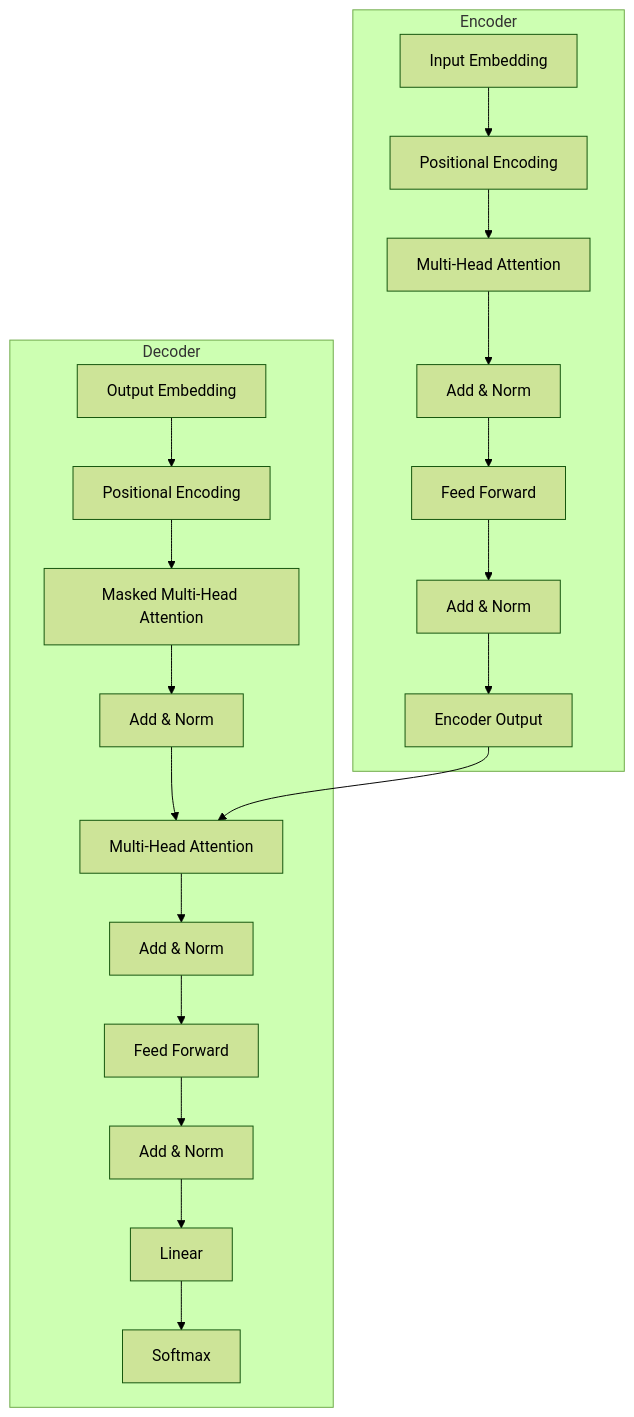
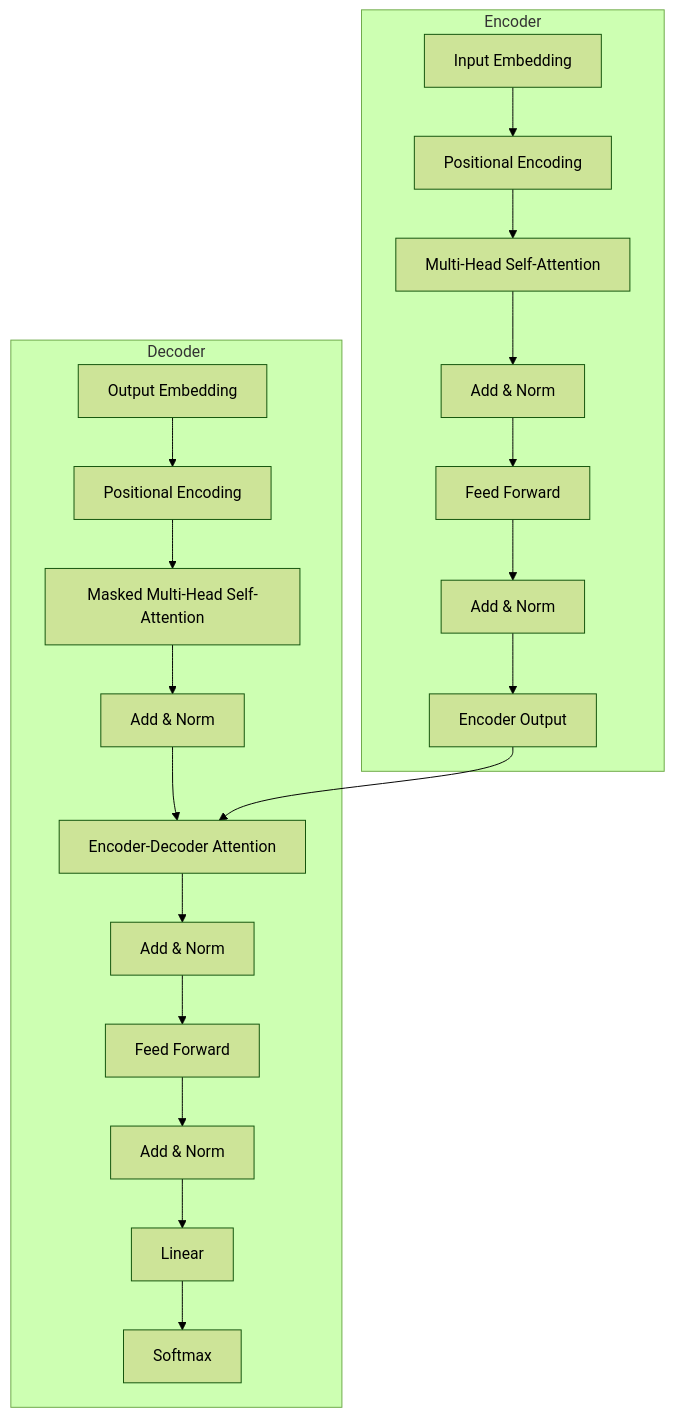
Before and after one commit to codejie-hub/codejie-hub.github.io: the diagram in _posts/2025-11-26-transformer.md, drawn with Mermaid (forest theme). The commit also changed other lines of this file and 2 other files, not shown here.

````diff
--- a/_posts/2025-11-26-transformer.md
+++ b/_posts/2025-11-26-transformer.md
@@ -42,24 +62,24 @@
 ```mermaid
 graph TD
     subgraph Encoder
     I[Input Embedding] --> P[Positional Encoding]
-    P --> L1[Multi-Head Attention]
+    P --> L1[Multi-Head Self-Attention]
     L1 --> A1[Add & Norm]
     A1 --> F1[Feed Forward]
     F1 --> A2[Add & Norm]
     A2 --> O1[Encoder Output]
     end
 
     subgraph Decoder
     OD[Output Embedding] --> PD[Positional Encoding]
-    PD --> MHA1[Masked Multi-Head Attention]
+    PD --> MHA1[Masked Multi-Head Self-Attention]
     MHA1 --> AD1[Add & Norm]
-    AD1 --> MHA2[Multi-Head Attention]
+    AD1 --> MHA2[Encoder-Decoder Attention]
     O1 --> MHA2
     MHA2 --> AD2[Add & Norm]
     AD2 --> F2[Feed Forward]
     F2 --> AD3[Add & Norm]
     AD3 --> Linear[Linear]
     Linear --> Softmax[Softmax]
     end
 ```
````
